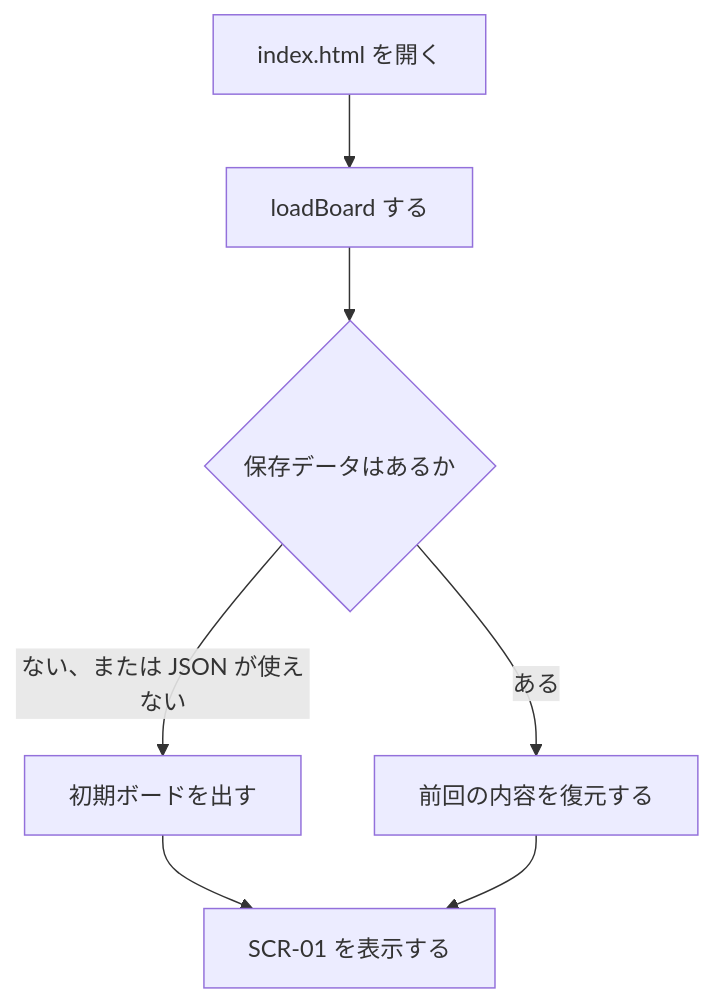
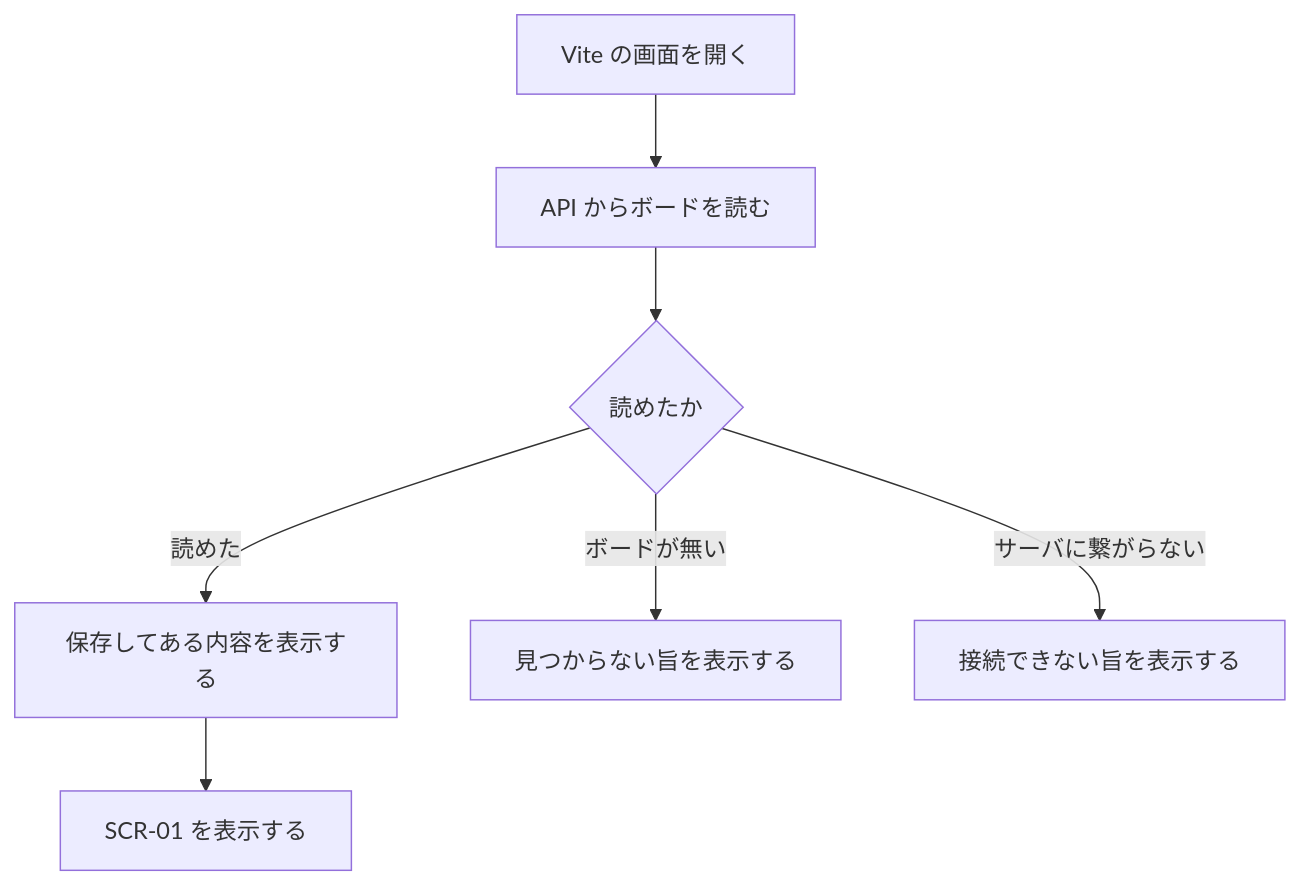
The second of 6 diagrams in ドキュメント/機能要件定義書.md (pfgnsb/kadai-kanri-board), drawn with Mermaid before and after one commit. The commit also changed other lines of this file and 4 other files, not shown here.

````diff
--- a/ドキュメント/機能要件定義書.md
+++ b/ドキュメント/機能要件定義書.md
@@ -154,9 +156,9 @@
 ```mermaid
 flowchart TD
-  a[index.html を開く] --> b[loadBoard する]
-  b --> c{保存データはあるか}
-  c -->|ない、または JSON が使えない| d[初期ボードを出す]
-  c -->|ある| e[前回の内容を復元する]
-  d --> f[SCR-01 を表示する]
-  e --> f
+  a[Vite の画面を開く] --> b[API からボードを読む]
+  b --> c{読めたか}
+  c -->|読めた| e[保存してある内容を表示する]
+  c -->|ボードが無い| d[見つからない旨を表示する]
+  c -->|サーバに繋がらない| n[接続できない旨を表示する]
+  e --> f[SCR-01 を表示する]
 ```
````
